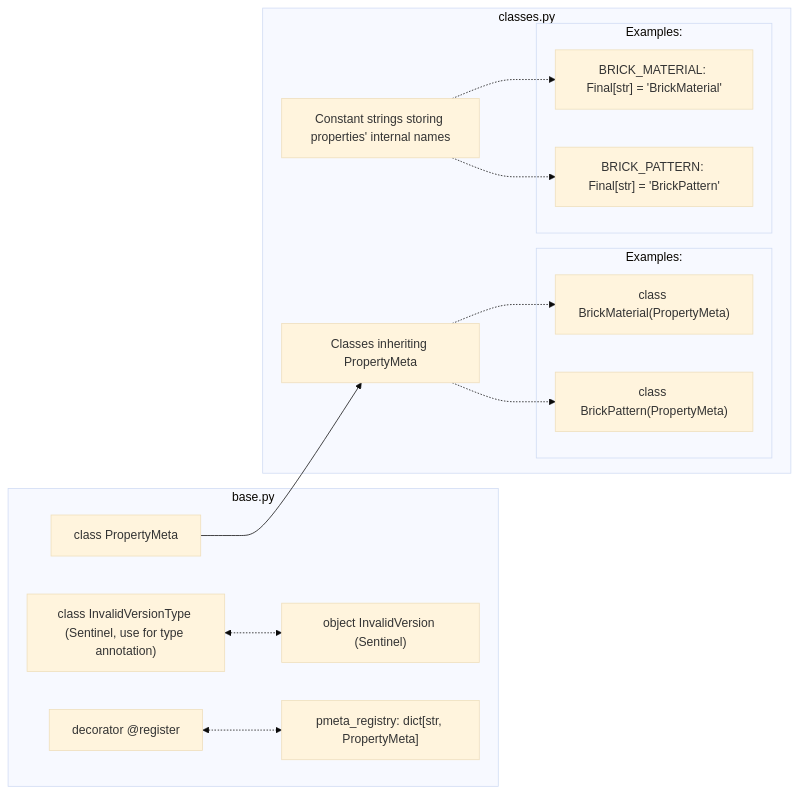
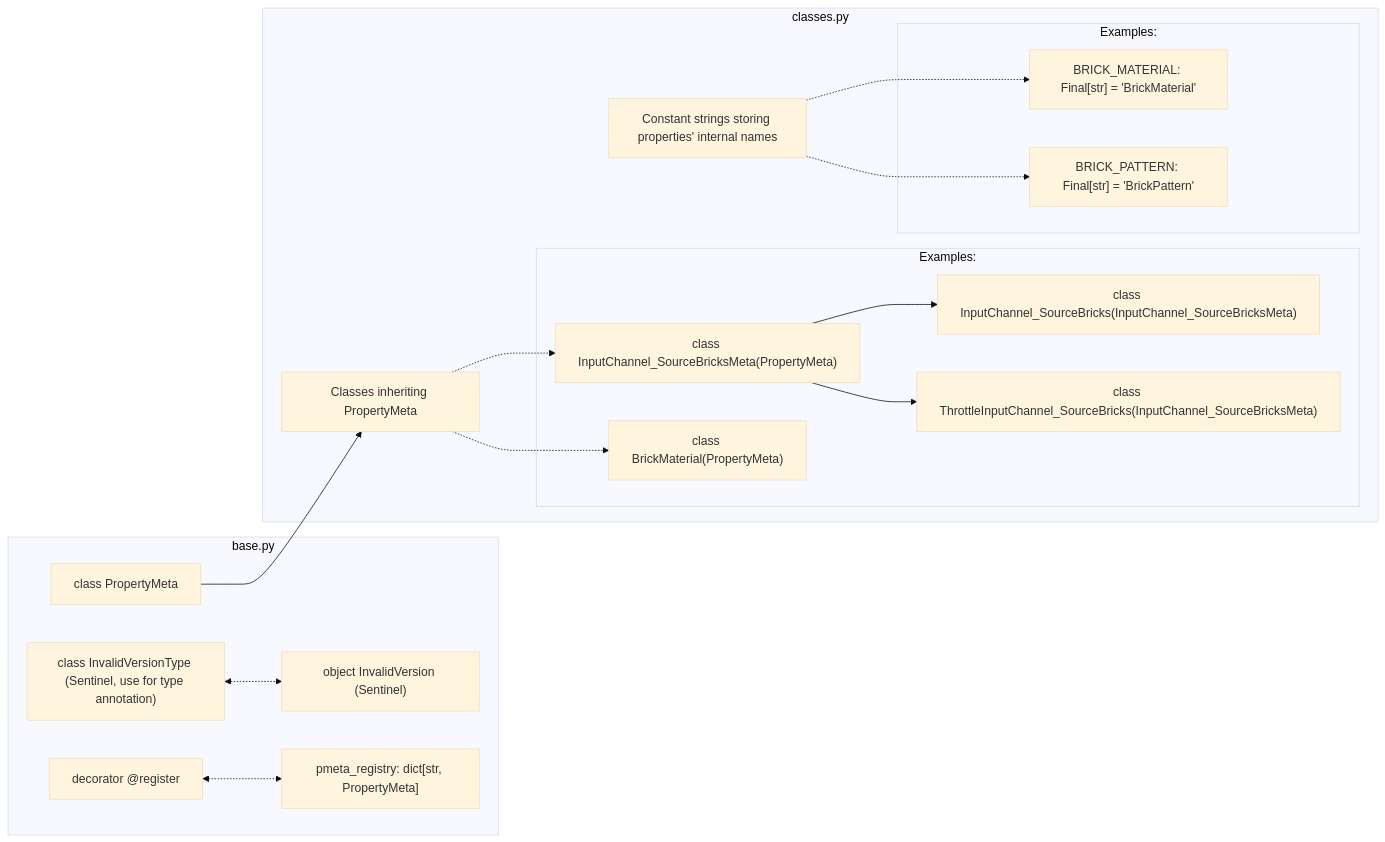
One commit to MrPerruche/BrickEdit changed the diagram in doc/p.md. Above: the diagram before and after it, drawn with Mermaid (base theme). The commit also changed 9 other files, not shown here.

````diff
--- a/doc/p.md
+++ b/doc/p.md
@@ -16,37 +16,40 @@
 ```mermaid
 flowchart LR
 
     subgraph BASE["base.py"]
     
         %% MAIN CLASS
         META["class PropertyMeta"]
 
         %% SENTINEL
         INV["class InvalidVersionType (Sentinel, use for type annotation)"]
         INV_I["object InvalidVersion (Sentinel)"]
 
         REG["decorator @register"]
         REG_VAR["pmeta_registry: dict[str, PropertyMeta]"]
 
     end
     subgraph CLASSES["classes.py"]
         C_CLS["Classes inheriting PropertyMeta"]
         C_F["Constant strings storing properties' internal names"]
         subgraph C_CLSE["Examples:"]
-            C_CLSE1["class BrickMaterial(PropertyMeta)"]
-            C_CLSE2["class BrickPattern(PropertyMeta)"]
+            C_CLSE1["class InputChannel_SourceBricksMeta(PropertyMeta)"]
+            C_CLSE1_1["class InputChannel_SourceBricks(InputChannel_SourceBricksMeta)"]
+            C_CLSE1_2["class ThrottleInputChannel_SourceBricks(InputChannel_SourceBricksMeta)"]
+            C_CLSE2["class BrickMaterial(PropertyMeta)"]
         end
         subgraph C_FE["Examples:"]
             C_FE1["BRICK_MATERIAL: Final[str] = 'BrickMaterial'"]
             C_FE2["BRICK_PATTERN: Final[str] = 'BrickPattern'"]
         end
     end
 
     META --> C_CLS
     REG <-.-> REG_VAR
 
     C_CLS -.-> C_CLSE1 & C_CLSE2
+    C_CLSE1 --> C_CLSE1_1 & C_CLSE1_2
     C_F -.-> C_FE1 & C_FE2
 
     INV <-.-> INV_I
 ```
````
